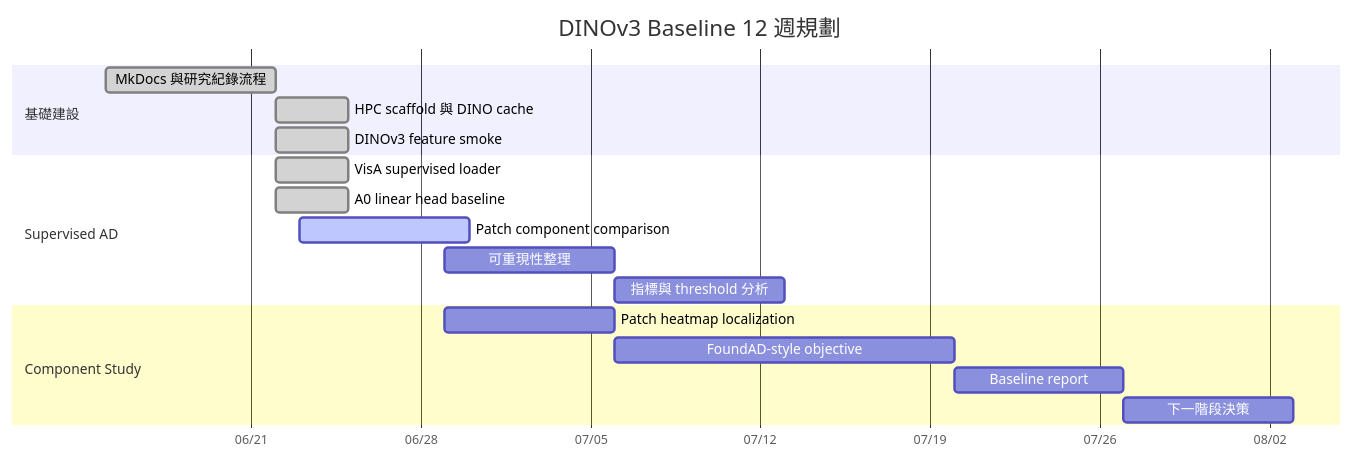
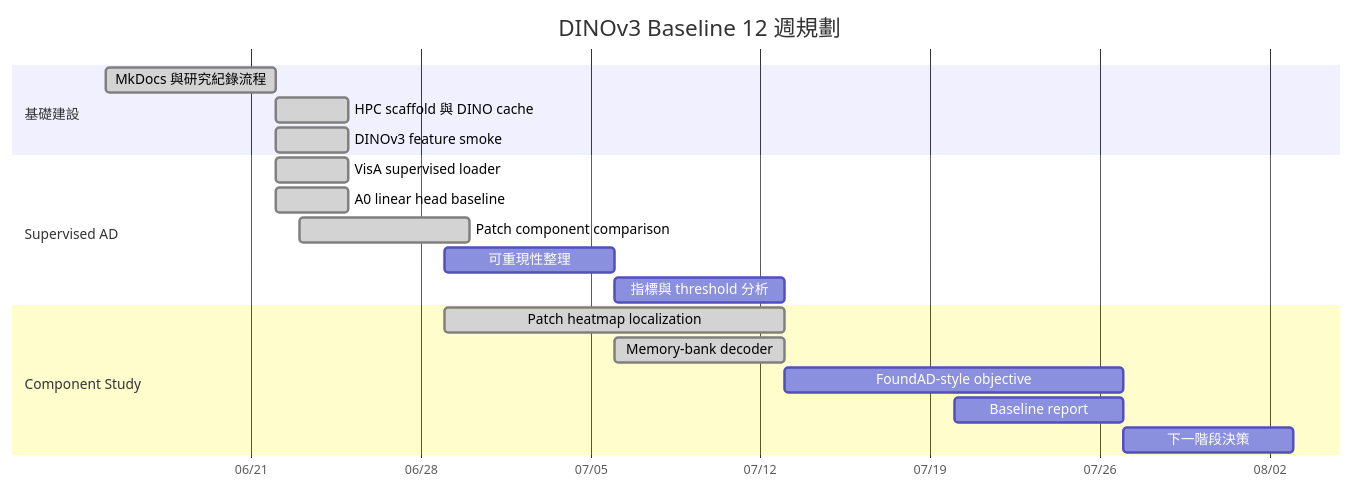
The diagram in docs/roadmap/12-week-plan.md (LeoGithub1119/foundation-ad-model), drawn with Mermaid before and after one commit. The commit also changed other lines of this file and 16 other files, not shown here.

````diff
--- a/docs/roadmap/12-week-plan.md
+++ b/docs/roadmap/12-week-plan.md
@@ -9,24 +9,25 @@
 ```mermaid
 gantt
     title DINOv3 Baseline 12 週規劃
     dateFormat  YYYY-MM-DD
     axisFormat  %m/%d
 
     section 基礎建設
     MkDocs 與研究紀錄流程      :done, 2026-06-15, 7d
     HPC scaffold 與 DINO cache :done, 2026-06-22, 3d
     DINOv3 feature smoke       :done, 2026-06-22, 3d
 
     section Supervised AD
     VisA supervised loader     :done, 2026-06-22, 3d
     A0 linear head baseline    :done, 2026-06-22, 3d
-    Patch component comparison :active, 2026-06-23, 7d
+    Patch component comparison :done, 2026-06-23, 7d
     可重現性整理               :2026-06-29, 7d
     指標與 threshold 分析      :2026-07-06, 7d
 
     section Component Study
-    Patch heatmap localization :2026-06-29, 7d
-    FoundAD-style objective    :2026-07-06, 14d
+    Patch heatmap localization :done, 2026-06-29, 14d
+    Memory-bank decoder        :done, 2026-07-06, 7d
+    FoundAD-style objective    :2026-07-13, 14d
     Baseline report            :2026-07-20, 7d
     下一階段決策               :2026-07-27, 7d
 ```
````
